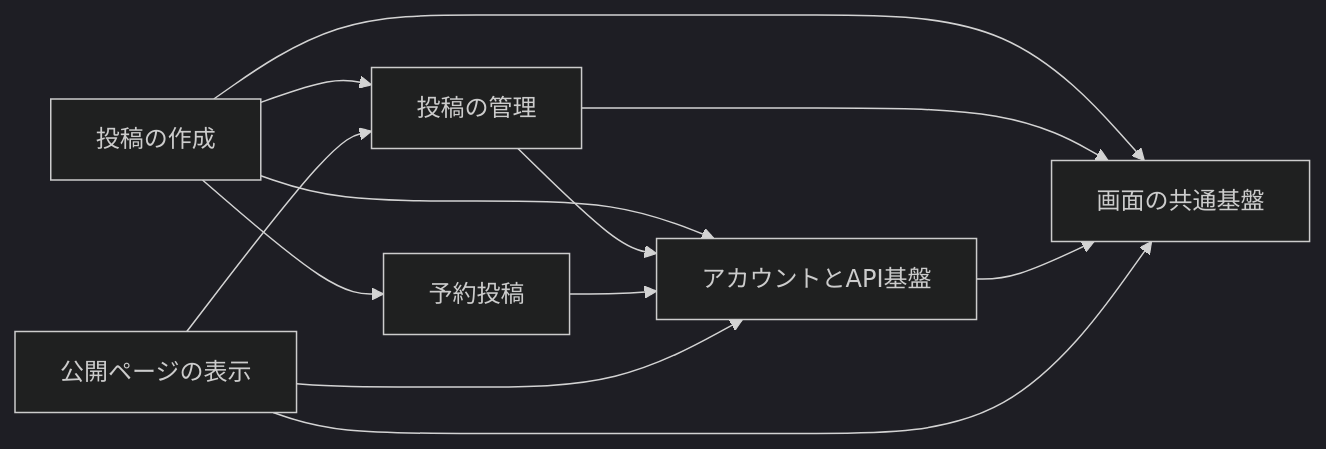
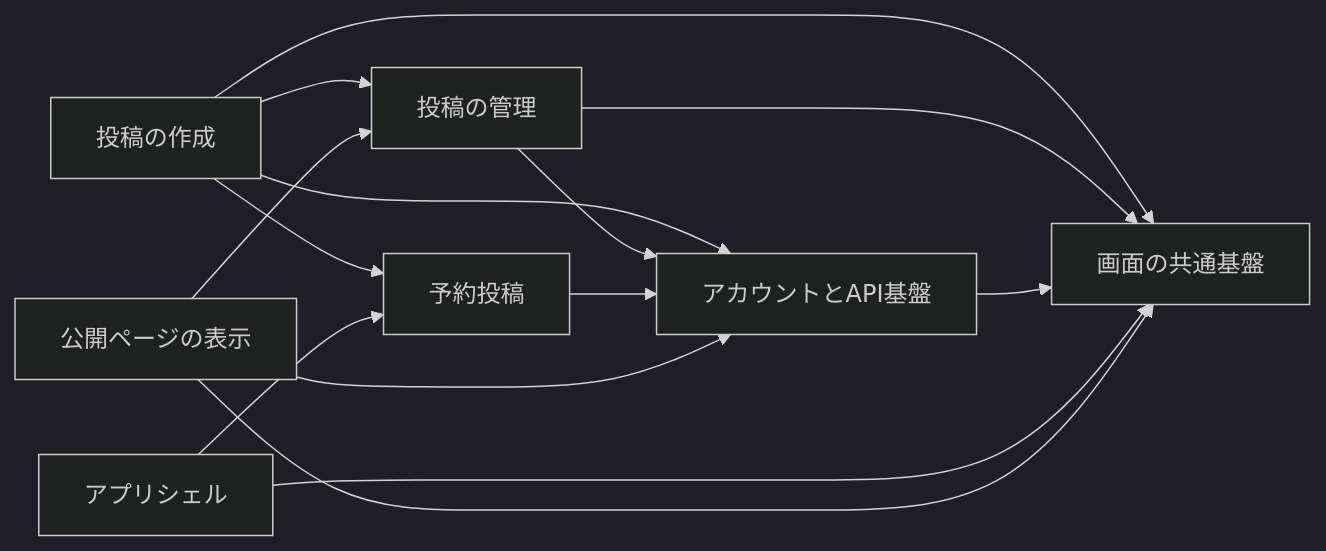
Before and after one commit to nekono-dev/skyshare: the first of 4 diagrams in docs/architecture.md, drawn with Mermaid (dark theme). The commit also changed other lines of this file and 23 other files, not shown here.

````diff
--- a/docs/architecture.md
+++ b/docs/architecture.md
@@ -36,14 +37,16 @@
 ```mermaid
 flowchart LR
   compose["投稿の作成"] --> manage["投稿の管理"]
   compose --> common["画面の共通基盤"]
   compose --> base["アカウントとAPI基盤"]
   manage --> common
   manage --> base
   base --> common
   schedule["予約投稿"] --> base
   compose --> schedule
+  shell["アプリシェル"] --> common
+  shell --> schedule
   view["公開ページの表示"] --> common
   view --> base
   view --> manage
 ```
````
